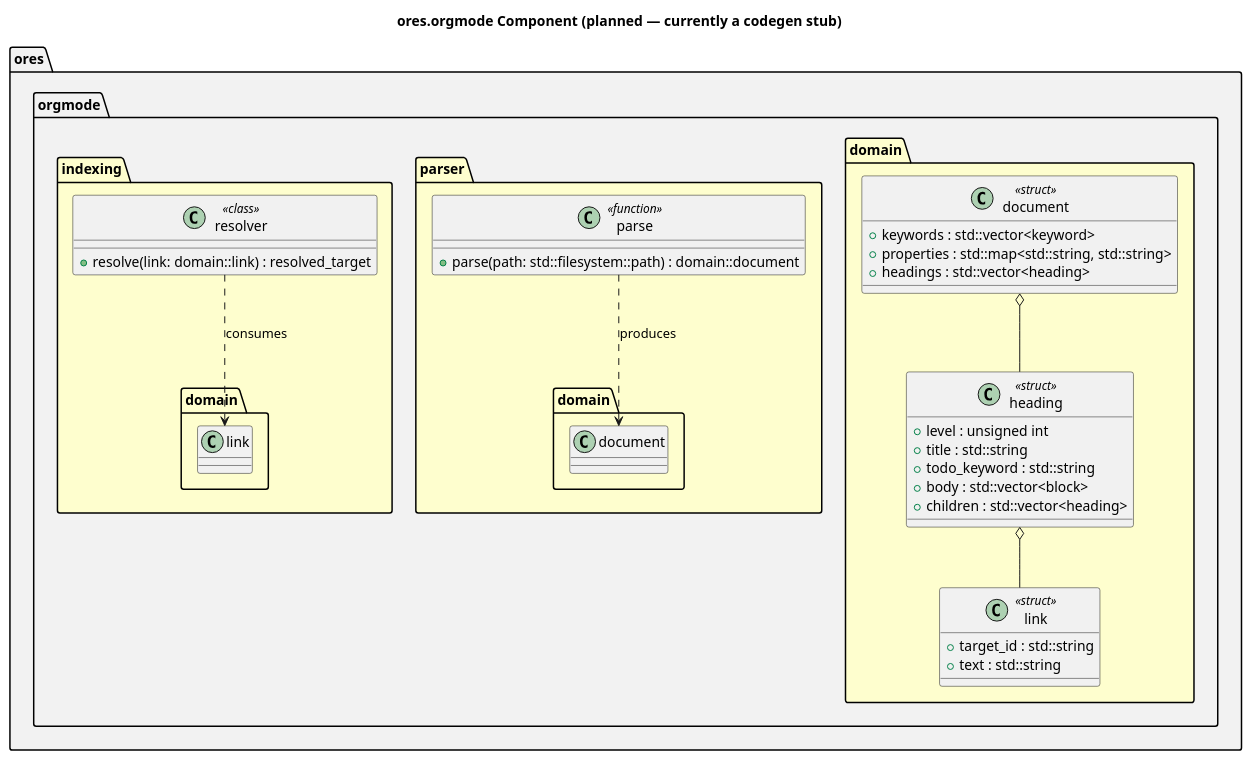
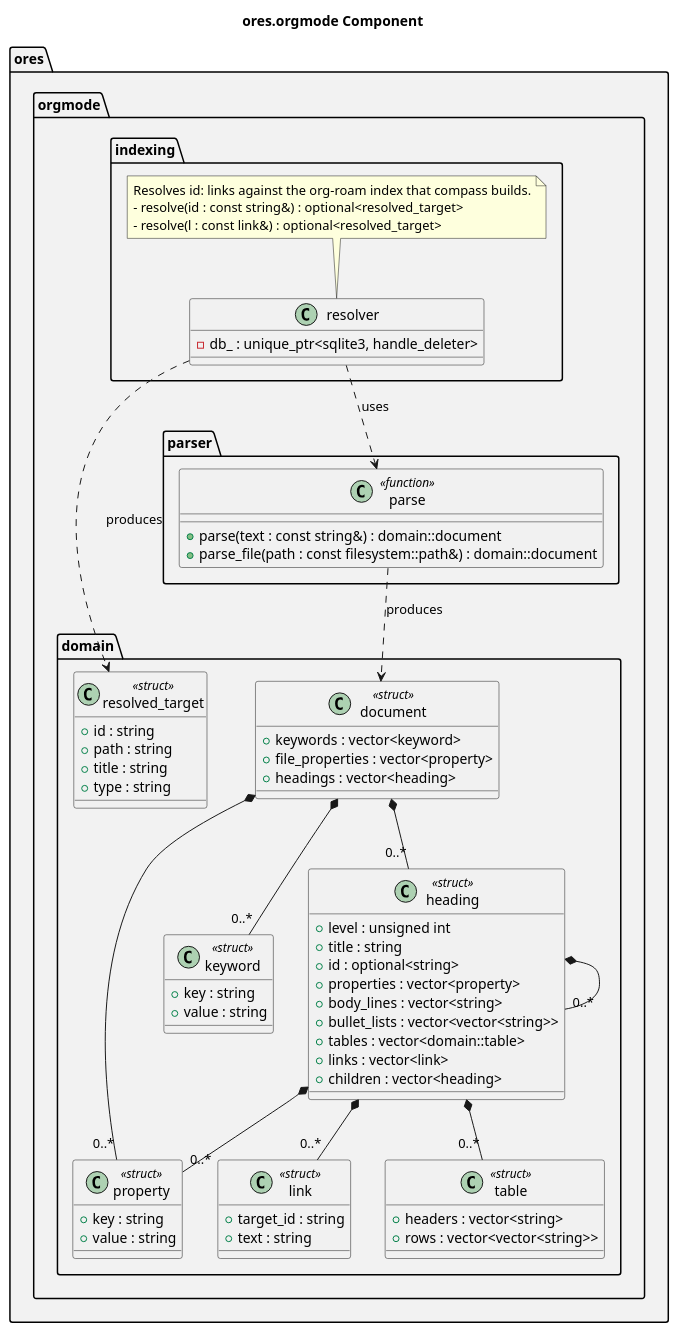
One commit to OreStudio/OreStudio changed the diagram in projects/ores.orgmode/modeling/ores.orgmode.puml. Above: the diagram before and after it, drawn with PlantUML. The commit also changed 1 other file, not shown here.

Commit message:
[orgmode] Refresh the component diagram to match the code
The diagram still called the component a planned codegen stub and drew
types that do not exist: a todo_keyword, a body of blocks and a
non-optional resolve signature. The captured types now come from the
headers, and the parser entry points, the compositions and the resolver
note the scan cannot infer are added by hand. PlantUML renders the
source; the image is regenerated from it.

Story-ID: CCFD90A3-A138-4744-8D99-217919BC13E5
Task-ID: 12699268-7291-4E0C-999B-6269EEBCA00C
Environment: eager_maxwell

```diff
--- a/projects/ores.orgmode/modeling/ores.orgmode.puml
+++ b/projects/ores.orgmode/modeling/ores.orgmode.puml
@@ -18,44 +18,83 @@
 @startuml
 
-title ores.orgmode Component (planned — currently a codegen stub)
+title ores.orgmode Component
 
 set namespaceSeparator ::
 
 namespace ores #F2F2F2 {
     namespace orgmode #F2F2F2 {
-        namespace domain #FEFECE {
+        namespace domain #F2F2F2 {
             class document <<struct>> {
-                +keywords : std::vector<keyword>
-                +properties : std::map<std::string, std::string>
-                +headings : std::vector<heading>
+                +keywords : vector<keyword>
+                +file_properties : vector<property>
+                +headings : vector<heading>
             }
             class heading <<struct>> {
                 +level : unsigned int
-                +title : std::string
-                +todo_keyword : std::string
-                +body : std::vector<block>
-                +children : std::vector<heading>
+                +title : string
+                +id : optional<string>
+                +properties : vector<property>
+                +body_lines : vector<string>
+                +bullet_lists : vector<vector<string>>
+                +tables : vector<domain::table>
+                +links : vector<link>
+                +children : vector<heading>
+            }
+            class keyword <<struct>> {
+                +key : string
+                +value : string
             }
             class link <<struct>> {
-                +target_id : std::string
-                +text : std::string
+                +target_id : string
+                +text : string
             }
-            document o-- heading
-            heading o-- link
+            class property <<struct>> {
+                +key : string
+                +value : string
+            }
+            class resolved_target <<struct>> {
+                +id : string
+                +path : string
+                +title : string
+                +type : string
+            }
+            class table <<struct>> {
+                +headers : vector<string>
+                +rows : vector<vector<string>>
+            }
+            document *-- "0..*" heading
+            document *-- "0..*" keyword
+            document *-- "0..*" property
+            heading *-- "0..*" heading
+            heading *-- "0..*" property
+            heading *-- "0..*" link
+            heading *-- "0..*" table
         }
-        namespace parser #FEFECE {
+        namespace parser #F2F2F2 {
             class parse <<function>> {
-                +parse(path: std::filesystem::path) : domain::document
+                +parse(text : const string&) : domain::document
+                +parse_file(path : const filesystem::path&) : domain::document
             }
-            parse ..> domain::document : produces
+            parse ..> ores::orgmode::domain::document : produces
         }
-        namespace indexing #FEFECE {
-            class resolver <<class>> {
-                +resolve(link: domain::link) : resolved_target
+        namespace indexing #F2F2F2 {
+            class resolver {
+                -db_ : unique_ptr<sqlite3, handle_deleter>
             }
-            resolver ..> domain::link : consumes
+            note top of resolver
+            Resolves id: links against the org-roam index that compass builds.
+            - resolve(id : const string&) : optional<resolved_target>
+            - resolve(l : const link&) : optional<resolved_target>
+            end note
+            resolver ..> ores::orgmode::parser::parse : uses
+            resolver ..> ores::orgmode::domain::resolved_target : produces
         }
     }
 }
 
+' --- manual: everything below this line is hand-authored; the script preserves it ---
+
+' Local Variables:
+' compile-command: "java -Djava.awt.headless=true -DPLANTUML_SECURITY_PROFILE=UNSECURE -DPLANTUML_LIMIT_SIZE=65535 -jar /usr/share/plantuml/plantuml.jar ores.orgmode.puml"
+' End:
 @enduml
```
